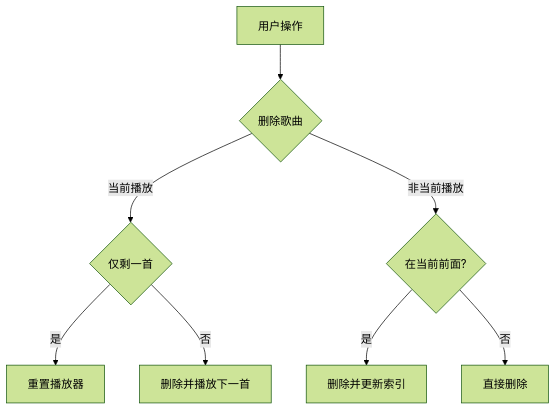
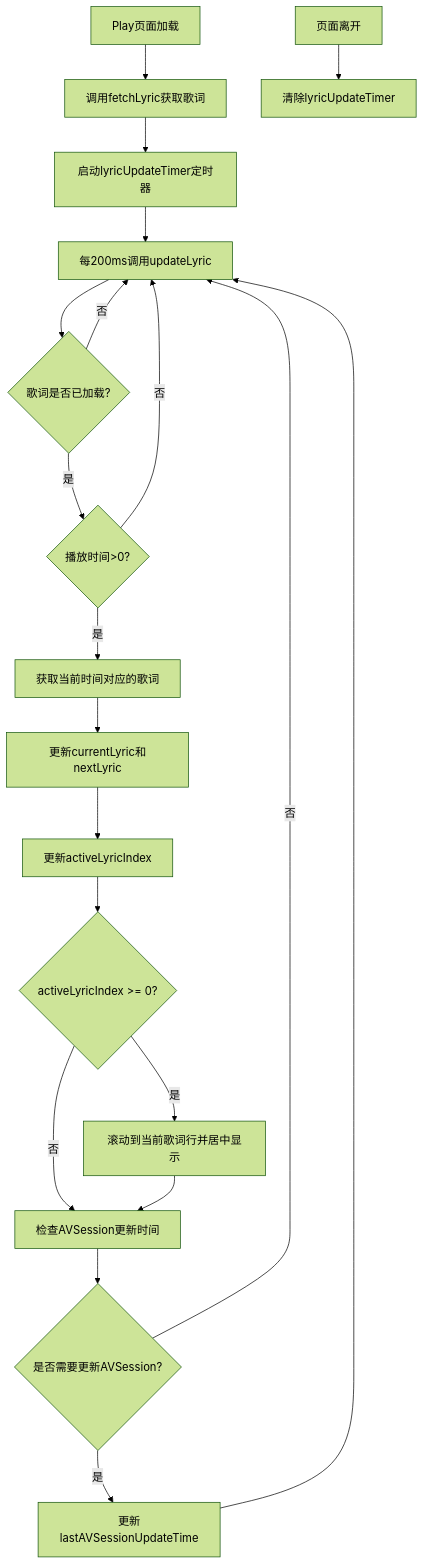
One commit to RoxyXu151/ChiikaMusic-HarmonyOS-ArkUI changed the second of 3 diagrams in README.md. Above: the diagram before and after it, drawn with Mermaid (forest theme). The commit also changed other lines of this file and 6 other files, not shown here.

````diff
--- a/README.md
+++ b/README.md
@@ -75,10 +341,22 @@
-```mermaid
-flowchart TD
-    A[用户操作] --> B{删除歌曲}
-    B -->|当前播放| C{仅剩一首}
-    C -->|是| D[重置播放器]
-    C -->|否| E[删除并播放下一首]
-    B -->|非当前播放| F{在当前前面?}
-    F -->|是| G[删除并更新索引]
-    F -->|否| H[直接删除]
-```
+  ```mermaid
+  flowchart TD
+    A[Play页面加载] --> B[调用fetchLyric获取歌词]
+    B --> C[启动lyricUpdateTimer定时器]
+    C --> D[每200ms调用updateLyric]
+    D --> E{歌词是否已加载?}
+    E -- 否 --> D
+    E -- 是 --> F{播放时间>0?}
+    F -- 否 --> D
+    F -- 是 --> G[获取当前时间对应的歌词]
+    G --> H[更新currentLyric和nextLyric]
+    H --> I[更新activeLyricIndex]
+    I --> J{activeLyricIndex >= 0?}
+    J -- 是 --> K[滚动到当前歌词行并居中显示]
+    J -- 否 --> L[检查AVSession更新时间]
+    K --> L
+    L --> M{是否需要更新AVSession?}
+    M -- 是 --> N[更新lastAVSessionUpdateTime]
+    M -- 否 --> D
+    N --> D
+    O[页面离开] --> P[清除lyricUpdateTimer]
+  ```
````
